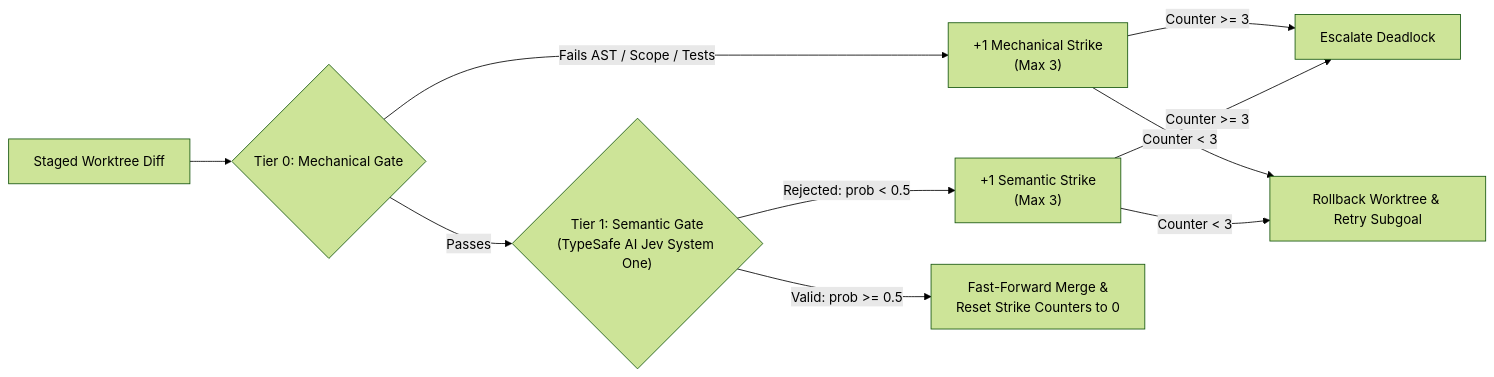
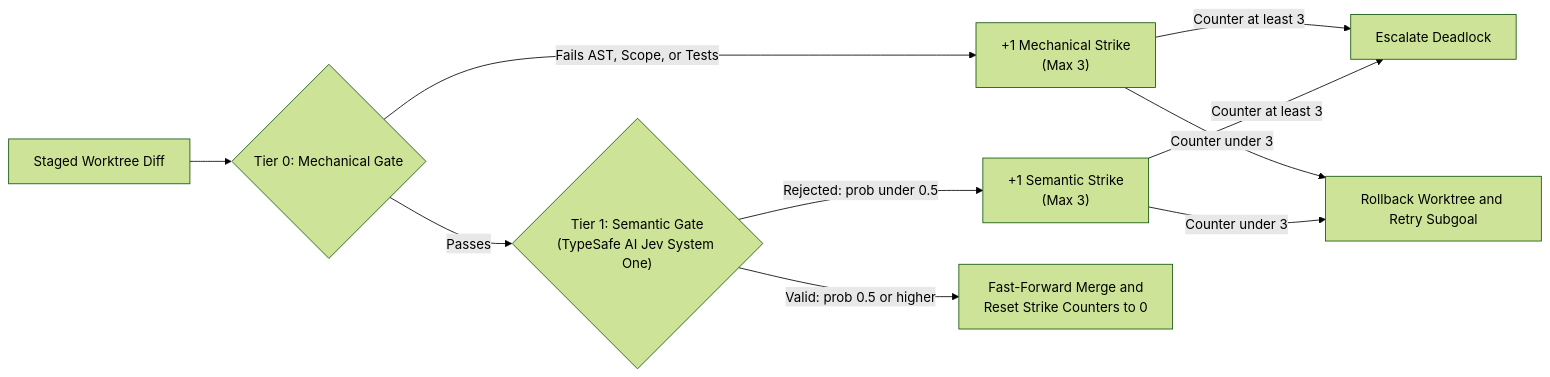
The second of 2 diagrams in README.md (Parul077/jev-state-engine), drawn with Mermaid (forest theme) before and after one commit. The commit also changed other lines of this file, not shown here.

Commit message:
docs(readme): fix mermaid syntax for github rich display rendering

````diff
--- a/README.md
+++ b/README.md
@@ -90,14 +90,14 @@
 ```mermaid
 flowchart LR
     SubgoalDiff["Staged Worktree Diff"] --> Tier0{"Tier 0: Mechanical Gate"}
-    Tier0 -->|Fails AST / Scope / Tests| MechStrike["+1 Mechanical Strike<br/>(Max 3)"]
+    Tier0 -->|Fails AST, Scope, or Tests| MechStrike["+1 Mechanical Strike<br/>(Max 3)"]
     Tier0 -->|Passes| Tier1{"Tier 1: Semantic Gate<br/>(TypeSafe AI Jev System One)"}
     
-    Tier1 -->|Rejected: prob < 0.5| SemStrike["+1 Semantic Strike<br/>(Max 3)"]
-    Tier1 -->|Valid: prob >= 0.5| Merge["Fast-Forward Merge &<br/>Reset Strike Counters to 0"]
+    Tier1 -->|Rejected: prob under 0.5| SemStrike["+1 Semantic Strike<br/>(Max 3)"]
+    Tier1 -->|Valid: prob 0.5 or higher| Merge["Fast-Forward Merge and<br/>Reset Strike Counters to 0"]
     
-    MechStrike -->|Counter >= 3| Escalate["Escalate Deadlock"]
-    SemStrike -->|Counter >= 3| Escalate
-    MechStrike -->|Counter < 3| Retry["Rollback Worktree & Retry Subgoal"]
-    SemStrike -->|Counter < 3| Retry
+    MechStrike -->|Counter at least 3| Escalate["Escalate Deadlock"]
+    SemStrike -->|Counter at least 3| Escalate
+    MechStrike -->|Counter under 3| Retry["Rollback Worktree and Retry Subgoal"]
+    SemStrike -->|Counter under 3| Retry
 ```
````
